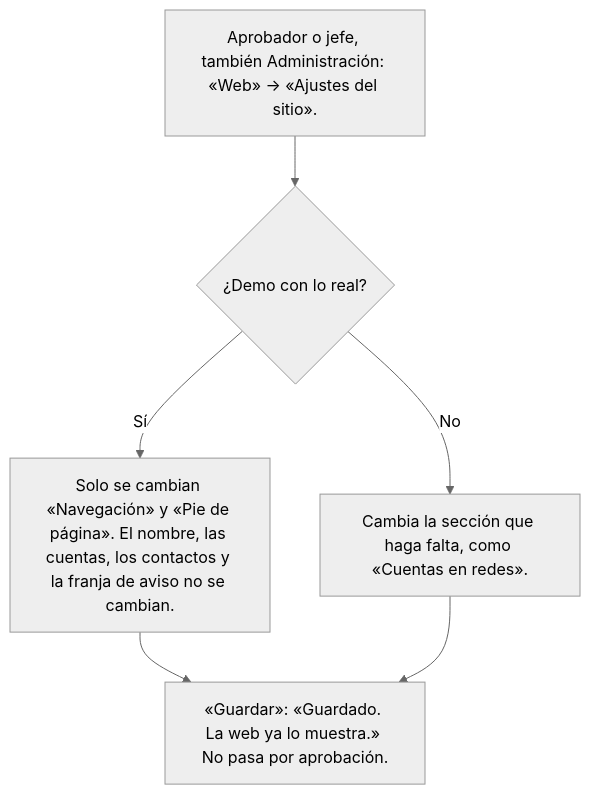
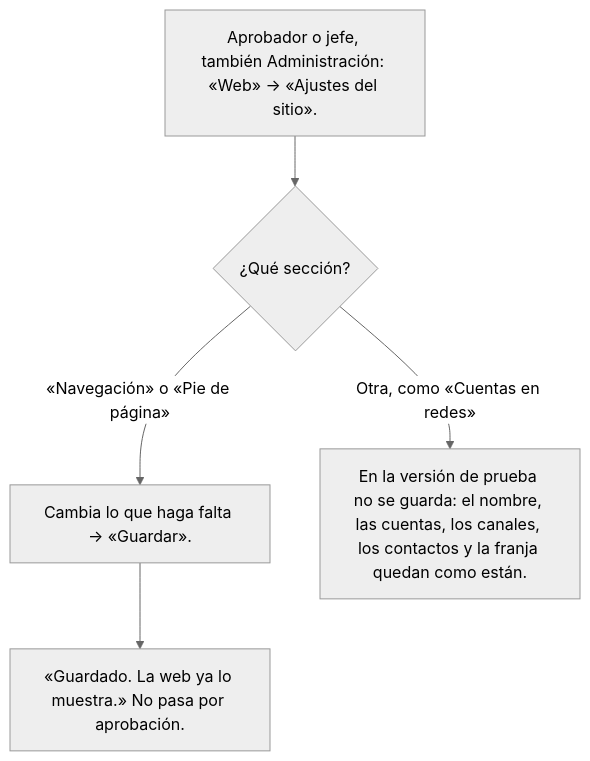
One commit to fbvenezuela/Gestionapp changed diagram 16 of 18 in app-freddy-bernal/docs/FLUJOS-WEB.md. Above: the diagram before and after it, drawn with Mermaid (neutral theme). The commit also changed other lines of this file and 5 other files, not shown here.

````diff
--- a/app-freddy-bernal/docs/FLUJOS-WEB.md
+++ b/app-freddy-bernal/docs/FLUJOS-WEB.md
@@ -407,10 +407,8 @@
 ```mermaid
 flowchart TD
   ajustes_entra["Aprobador o jefe, también Administración: «Web» → «Ajustes del sitio»."]
-  ajustes_entra --> ajustes_real_q{"¿Demo con lo real?"}
-  ajustes_real_q -- Sí --> ajustes_bloqueo["Solo se cambian «Navegación» y «Pie de página». El nombre, las cuentas, los contactos y la franja de aviso no se cambian."]
-  ajustes_real_q -- No --> ajustes_cambia["Cambia la sección que haga falta, como «Cuentas en redes»."]
-  ajustes_bloqueo --> ajustes_guarda
-  ajustes_cambia --> ajustes_guarda
-  ajustes_guarda["«Guardar»: «Guardado. La web ya lo muestra.» No pasa por aprobación."]
+  ajustes_entra --> ajustes_q{"¿Qué sección?"}
+  ajustes_q -- «Navegación» o «Pie de página» --> ajustes_cambia["Cambia lo que haga falta → «Guardar»."]
+  ajustes_q -- Otra, como «Cuentas en redes» --> ajustes_prueba["En la versión de prueba no se guarda: el nombre, las cuentas, los canales, los contactos y la franja quedan como están."]
+  ajustes_cambia --> ajustes_guarda["«Guardado. La web ya lo muestra.» No pasa por aprobación."]
 ```
````
